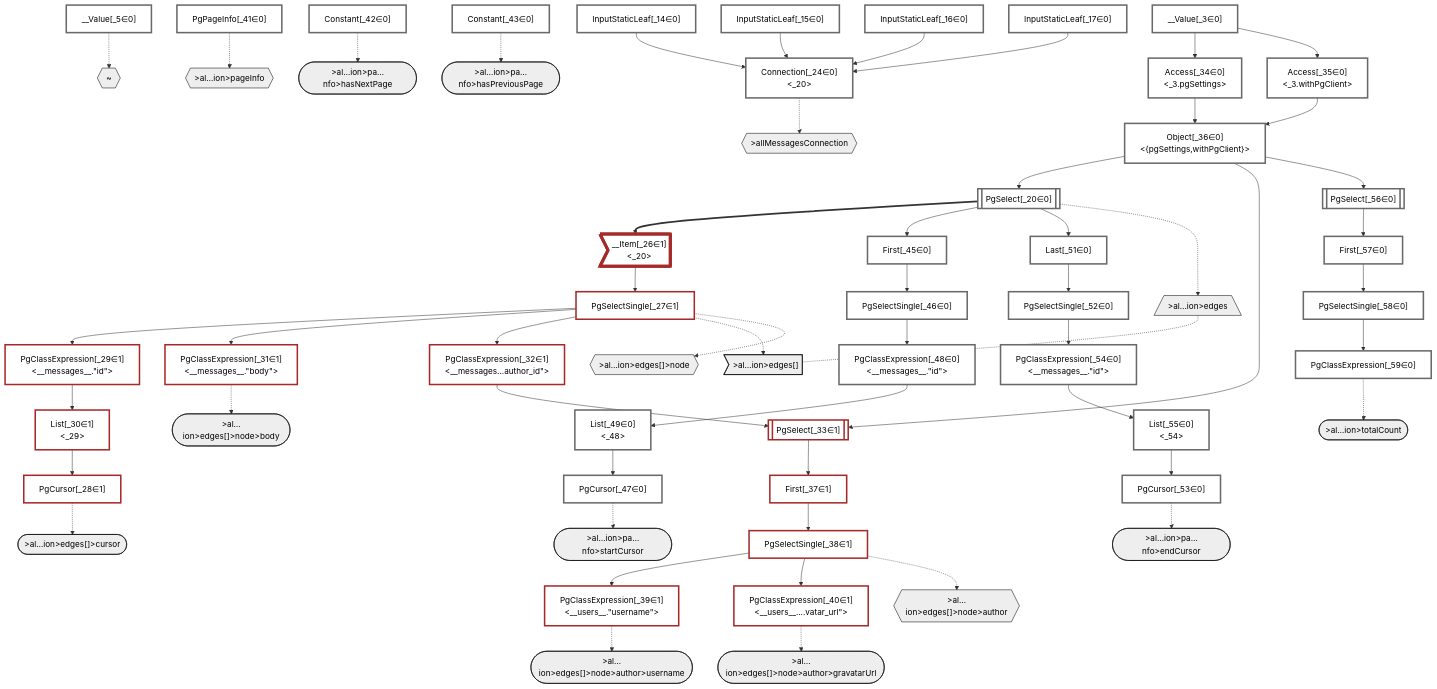
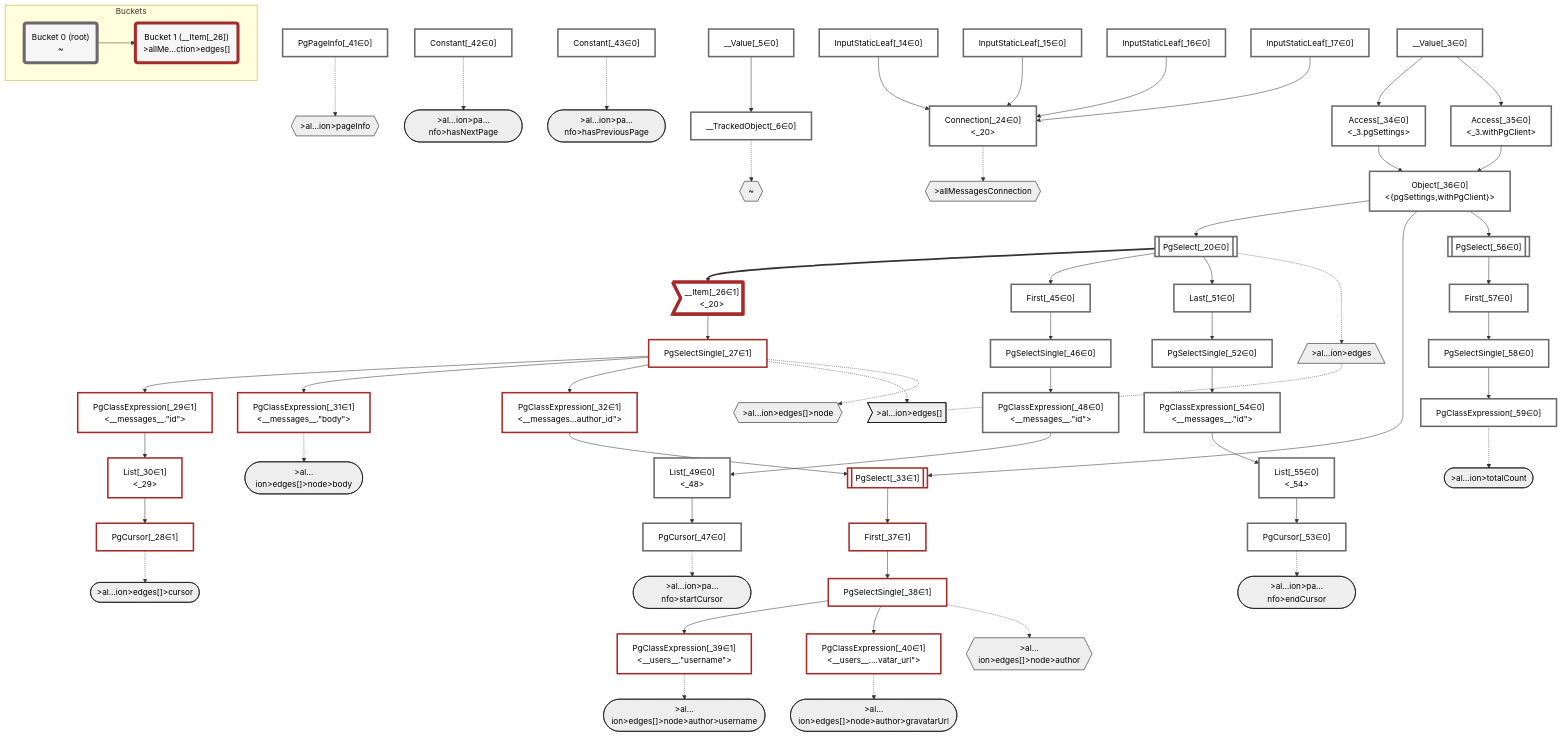
The diagram in packages/dataplan-pg/__tests__/queries/connections/basics.deopt.mermaid.md (graphile/crystal), drawn with Mermaid before and after one commit. The commit also changed 195 other files, not shown here.

````diff
--- a/packages/dataplan-pg/__tests__/queries/connections/basics.deopt.mermaid.md
+++ b/packages/dataplan-pg/__tests__/queries/connections/basics.deopt.mermaid.md
@@ -4,6 +4,7 @@
     classDef plan fill:#fff,stroke-width:3px,color:#000
     classDef itemplan fill:#fff,stroke-width:6px,color:#000
     classDef sideeffectplan fill:#f00,stroke-width:6px,color:#000
+    classDef bucket fill:#f6f6f6,color:#000,stroke-width:6px
 
     %% subgraph fields
     P1{{"~"}}:::path
@@ -42,6 +43,7 @@
     %% define plans
     __Value_3["__Value[_3∈0]<br /><context>"]:::plan
     __Value_5["__Value[_5∈0]<br /><rootValue>"]:::plan
+    __TrackedObject_6["__TrackedObject[_6∈0]"]:::plan
     InputStaticLeaf_14["InputStaticLeaf[_14∈0]"]:::plan
     InputStaticLeaf_15["InputStaticLeaf[_15∈0]"]:::plan
     InputStaticLeaf_16["InputStaticLeaf[_16∈0]"]:::plan
@@ -82,6 +84,7 @@
     PgClassExpression_59["PgClassExpression[_59∈0]<br /><count(*)>"]:::plan
 
     %% plan dependencies
+    __Value_5 --> __TrackedObject_6
     Object_36 --> PgSelect_20
     InputStaticLeaf_14 --> Connection_24
     InputStaticLeaf_15 --> Connection_24
@@ -120,7 +123,7 @@
     PgSelectSingle_58 --> PgClassExpression_59
 
     %% plan-to-path relationships
-    __Value_5 -.-> P1
+    __TrackedObject_6 -.-> P1
     Connection_24 -.-> P2
     PgSelect_20 -.-> P3
     PgSelectSingle_27 -.-> P4
@@ -139,7 +142,15 @@
 
     %% allocate buckets
     classDef bucket0 stroke:#696969
-    class __Value_3,__Value_5,InputStaticLeaf_14,InputStaticLeaf_15,InputStaticLeaf_16,InputStaticLeaf_17,PgSelect_20,Connection_24,Access_34,Access_35,Object_36,PgPageInfo_41,Constant_42,Constant_43,First_45,PgSelectSingle_46,PgCursor_47,PgClassExpression_48,List_49,Last_51,PgSelectSingle_52,PgCursor_53,PgClassExpression_54,List_55,PgSelect_56,First_57,PgSelectSingle_58,PgClassExpression_59 bucket0
+    class __Value_3,__Value_5,__TrackedObject_6,InputStaticLeaf_14,InputStaticLeaf_15,InputStaticLeaf_16,InputStaticLeaf_17,PgSelect_20,Connection_24,Access_34,Access_35,Object_36,PgPageInfo_41,Constant_42,Constant_43,First_45,PgSelectSingle_46,PgCursor_47,PgClassExpression_48,List_49,Last_51,PgSelectSingle_52,PgCursor_53,PgClassExpression_54,List_55,PgSelect_56,First_57,PgSelectSingle_58,PgClassExpression_59 bucket0
     classDef bucket1 stroke:#a52a2a
     class __Item_26,PgSelectSingle_27,PgCursor_28,PgClassExpression_29,List_30,PgClassExpression_31,PgClassExpression_32,PgSelect_33,First_37,PgSelectSingle_38,PgClassExpression_39,PgClassExpression_40 bucket1
+
+    subgraph Buckets
+    Bucket0("Bucket 0 (root)<br />~"):::bucket
+    style Bucket0 stroke:#696969
+    Bucket1("Bucket 1 (__Item[_26])<br />>allMe…ction>edges[]"):::bucket
+    style Bucket1 stroke:#a52a2a
+    Bucket0 --> Bucket1
+    end
 ```
````
